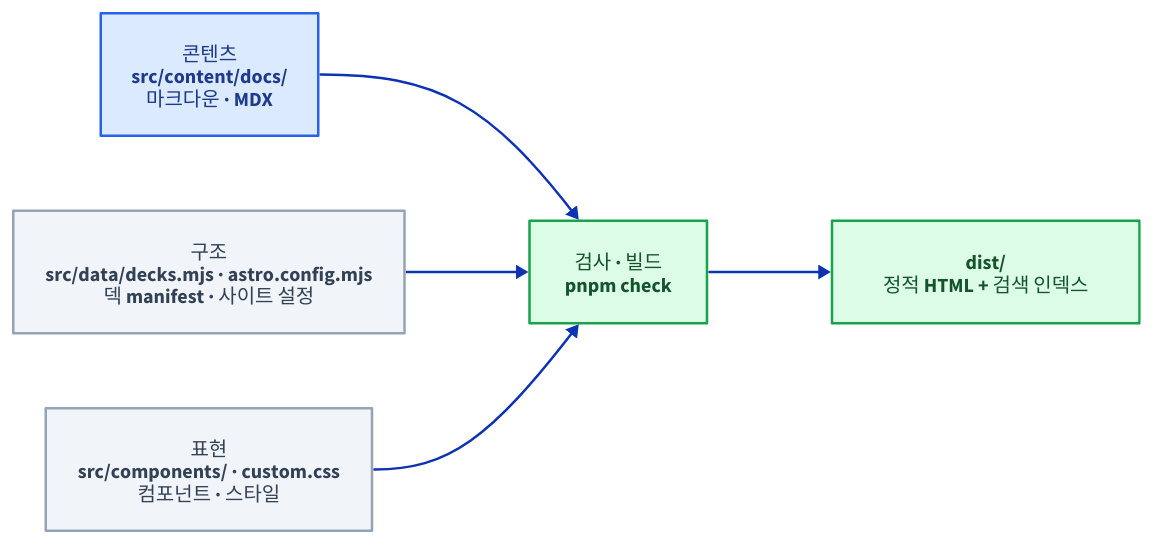
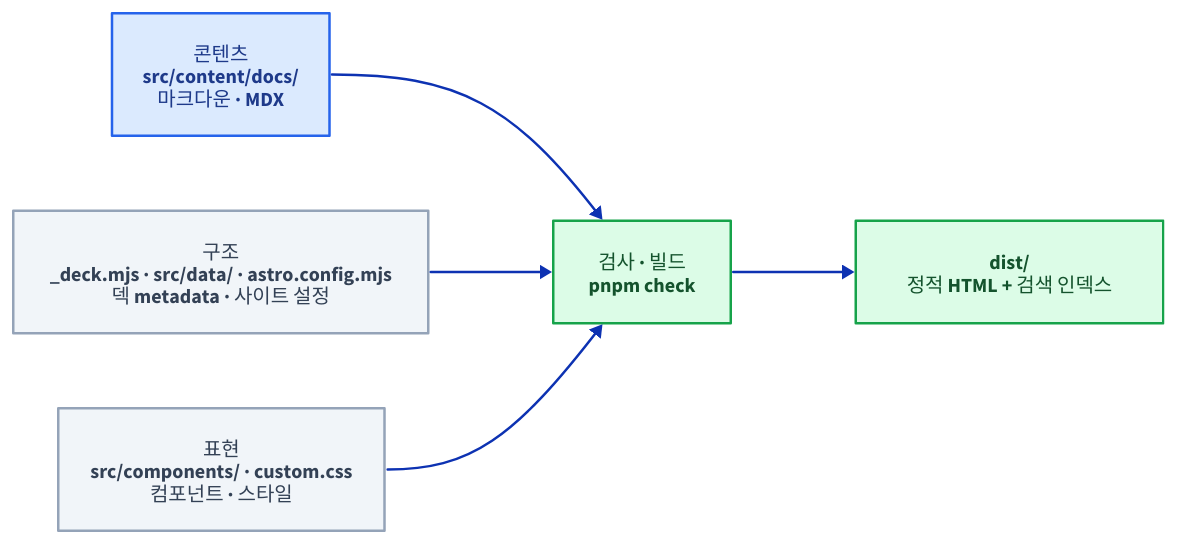
Before and after one commit to mechurak/study-starlight: the diagram in src/content/docs/starlight/00-intro.mdx, drawn with D2. The commit also changed other lines of this file and 387 other files, not shown here.

First line of the commit message:
refactor: derive deck structure from content

````diff
--- a/src/content/docs/starlight/00-intro.mdx
+++ b/src/content/docs/starlight/00-intro.mdx
@@ -90,38 +93,38 @@
 ```d2 title="콘텐츠·구조·표현 세 층이 각각 pnpm check를 거쳐 정적 산출물 dist/가 되는 흐름"
 direction: right
 
 classes: {
   key: {
     style: {
       fill: "#dbeafe"
       stroke: "#2563eb"
       font-color: "#1e3a8a"
     }
   }
   mute: {
     style: {
       fill: "#f1f5f9"
       stroke: "#94a3b8"
       font-color: "#334155"
     }
   }
   ok: {
     style: {
       fill: "#dcfce7"
       stroke: "#16a34a"
       font-color: "#14532d"
     }
   }
 }
 
 content: "콘텐츠\nsrc/content/docs/\n마크다운 · MDX" { class: key }
-structure: "구조\nsrc/data/decks.mjs · astro.config.mjs\n덱 manifest · 사이트 설정" { class: mute }
+structure: "구조\n_deck.mjs · src/data/ · astro.config.mjs\n덱 metadata · 사이트 설정" { class: mute }
 presentation: "표현\nsrc/components/ · custom.css\n컴포넌트 · 스타일" { class: mute }
 check: "검사 · 빌드\npnpm check" { class: ok }
 dist: "dist/\n정적 HTML + 검색 인덱스" { class: ok }
 
 content -> check
 structure -> check
 presentation -> check
 check -> dist
 ```
````
